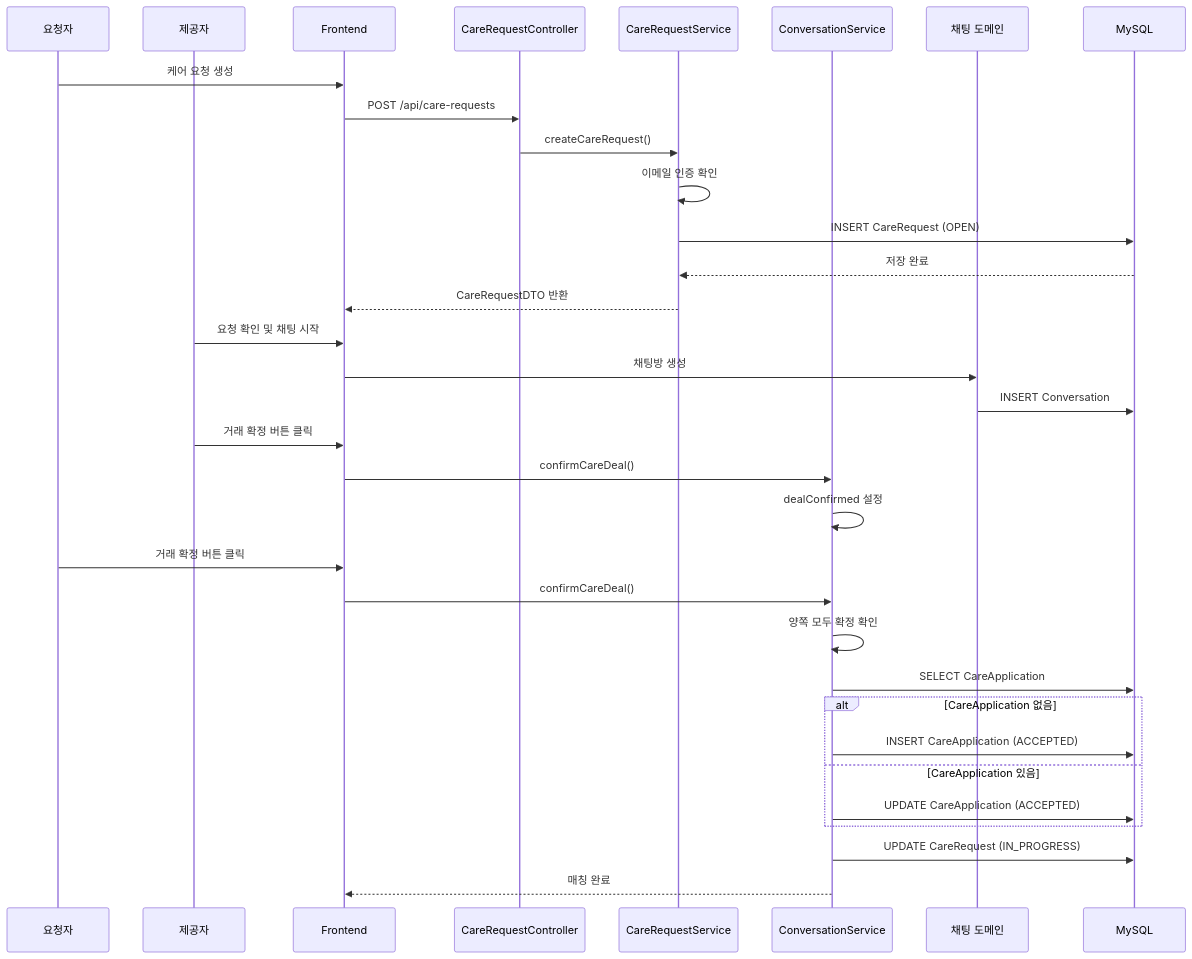
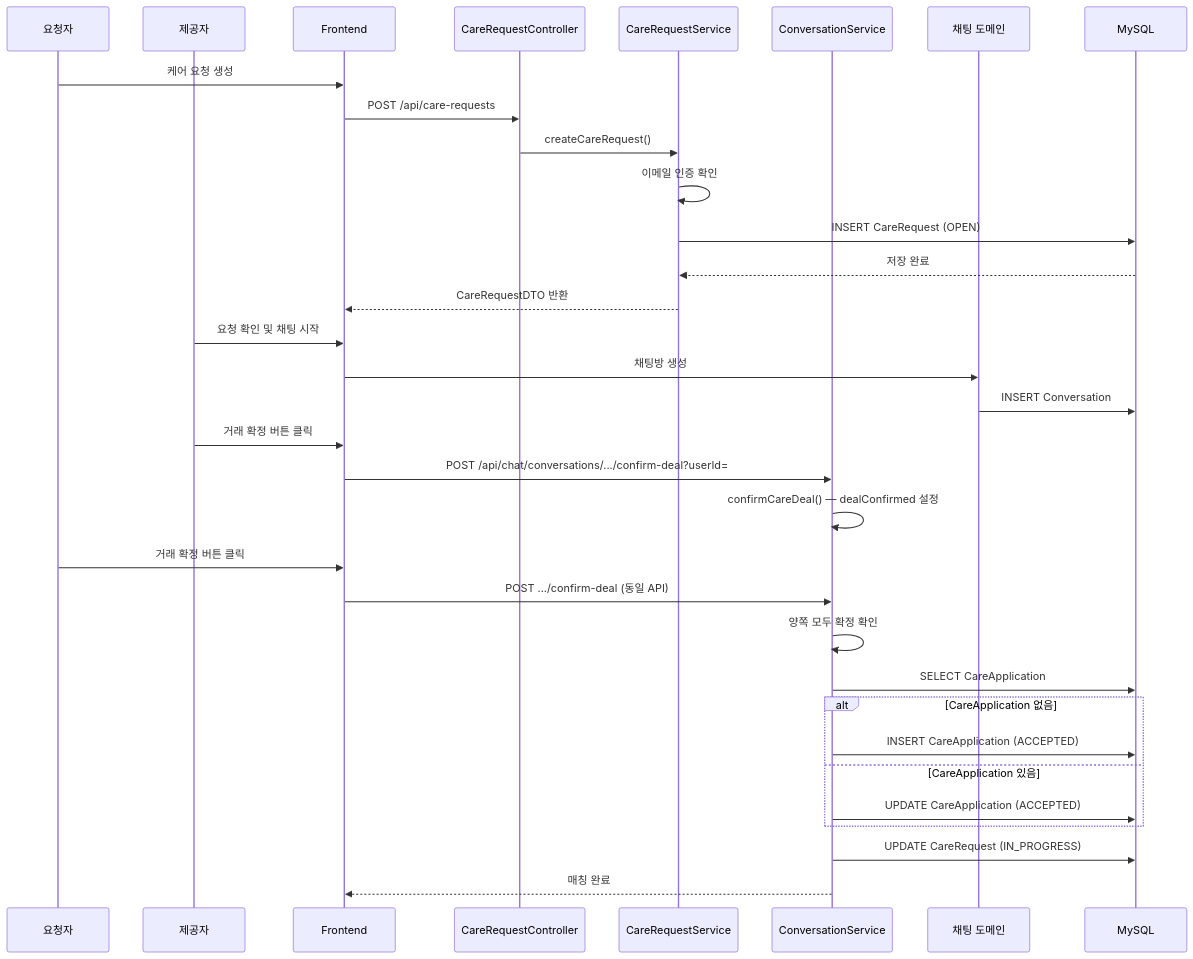
One commit to makkong1/Petory changed the second of 4 diagrams in docs/architecture/펫 케어 & 매칭 아키텍처.md. Above: the diagram before and after it, drawn with Mermaid. The commit also changed other lines of this file and 12 other files, not shown here.

Commit message:
docs(architecture): 도메인 아키텍처 문서를 최신 코드·API와 동기화

````diff
--- a/docs/architecture/펫 케어 & 매칭 아키텍처.md
+++ b/docs/architecture/펫 케어 & 매칭 아키텍처.md
@@ -423,41 +418,41 @@
 ```mermaid
 sequenceDiagram
     participant Requester as 요청자
     participant Provider as 제공자
     participant Frontend
     participant CareRequestController
     participant CareRequestService
     participant ConversationService
     participant ChatDomain as 채팅 도메인
     participant MySQL
     
     Requester->>Frontend: 케어 요청 생성
     Frontend->>CareRequestController: POST /api/care-requests
     CareRequestController->>CareRequestService: createCareRequest()
     CareRequestService->>CareRequestService: 이메일 인증 확인
     CareRequestService->>MySQL: INSERT CareRequest (OPEN)
     MySQL-->>CareRequestService: 저장 완료
     CareRequestService-->>Frontend: CareRequestDTO 반환
     
     Provider->>Frontend: 요청 확인 및 채팅 시작
     Frontend->>ChatDomain: 채팅방 생성
     ChatDomain->>MySQL: INSERT Conversation
     
     Provider->>Frontend: 거래 확정 버튼 클릭
-    Frontend->>ConversationService: confirmCareDeal()
-    ConversationService->>ConversationService: dealConfirmed 설정
+    Frontend->>ConversationService: POST /api/chat/conversations/.../confirm-deal?userId=
+    ConversationService->>ConversationService: confirmCareDeal() — dealConfirmed 설정
     
     Requester->>Frontend: 거래 확정 버튼 클릭
-    Frontend->>ConversationService: confirmCareDeal()
+    Frontend->>ConversationService: POST .../confirm-deal (동일 API)
     ConversationService->>ConversationService: 양쪽 모두 확정 확인
     
     ConversationService->>MySQL: SELECT CareApplication
     alt CareApplication 없음
         ConversationService->>MySQL: INSERT CareApplication (ACCEPTED)
     else CareApplication 있음
         ConversationService->>MySQL: UPDATE CareApplication (ACCEPTED)
     end
     
     ConversationService->>MySQL: UPDATE CareRequest (IN_PROGRESS)
     ConversationService-->>Frontend: 매칭 완료
 ```
````
